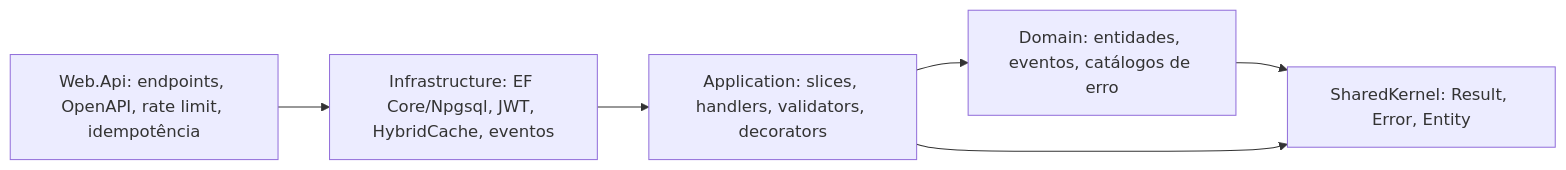
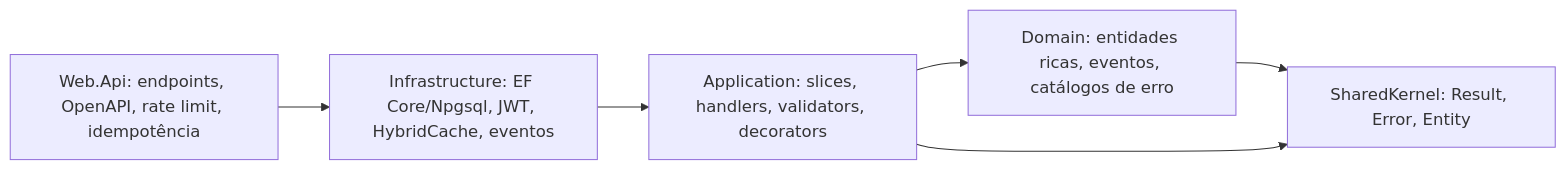
The diagram in docs/03-Architecture/Overview.md (eovinicius/clean-architecture), drawn with Mermaid before and after one commit. The commit also changed other lines of this file and 19 other files, not shown here.

````diff
--- a/docs/03-Architecture/Overview.md
+++ b/docs/03-Architecture/Overview.md
@@ -10,8 +10,8 @@
 ```mermaid
 flowchart LR
     API["Web.Api: endpoints, OpenAPI, rate limit, idempotência"] --> INF["Infrastructure: EF Core/Npgsql, JWT, HybridCache, eventos"]
     INF --> APP["Application: slices, handlers, validators, decorators"]
-    APP --> DOM["Domain: entidades, eventos, catálogos de erro"]
+    APP --> DOM["Domain: entidades ricas, eventos, catálogos de erro"]
     DOM --> SK["SharedKernel: Result, Error, Entity"]
     APP --> SK
 ```
````
